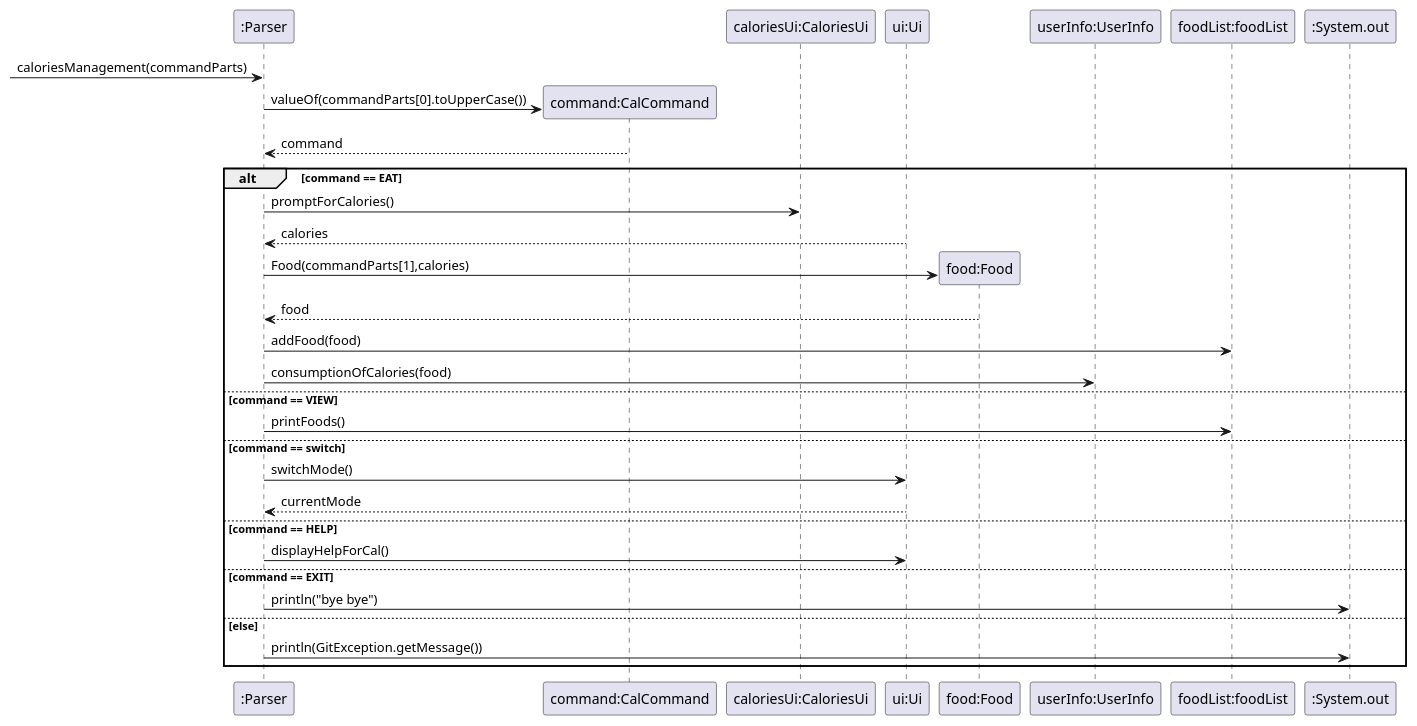
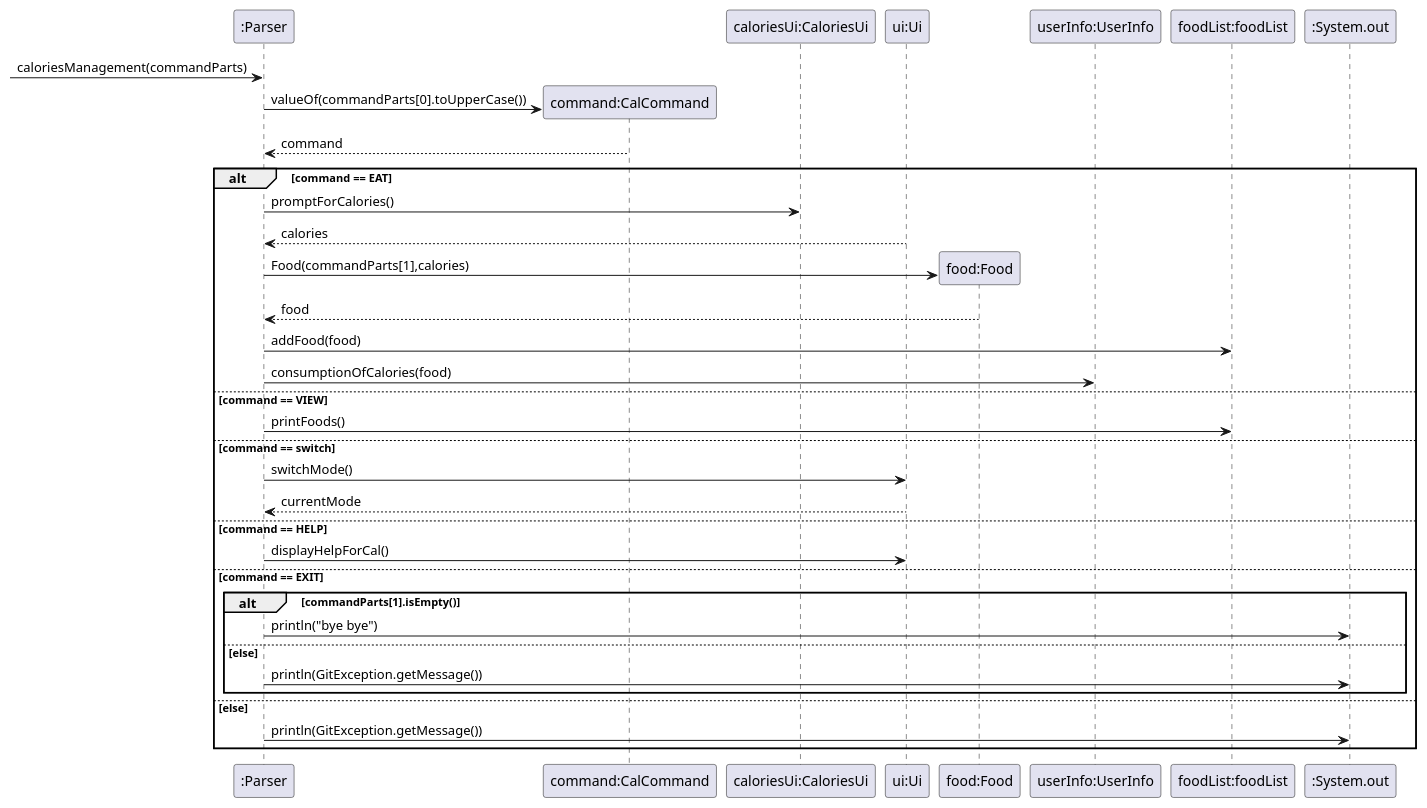
The diagram in docs/diagrams/caloriesManagement.puml (LuoYu-uwu/tp), drawn with PlantUML before and after one commit. The commit also changed 4 other files, not shown here.

Commit message:
Update UserInfo class diagram

```diff
--- a/docs/diagrams/caloriesManagement.puml
+++ b/docs/diagrams/caloriesManagement.puml
@@ -1,40 +1,44 @@
 @startuml
 
 participant ":Parser" as p
 participant "command:CalCommand" as cal
 participant "caloriesUi:CaloriesUi" as cui
 participant "ui:Ui" as ui
 participant "food:Food" as f
 participant "userInfo:UserInfo" as info
 participant "foodList:foodList" as fl
 participant ":System.out" as sys
 
  -> p : caloriesManagement(commandParts)
 create cal
 p -> cal : valueOf(commandParts[0].toUpperCase())
 cal --> p : command
 
 alt command == EAT
     p -> cui : promptForCalories()
     ui --> p : calories
     create f
     p -> f : Food(commandParts[1],calories)
     f --> p : food
     p -> fl : addFood(food)
     p -> info : consumptionOfCalories(food)
 else command == VIEW
     p -> fl: printFoods()
 else command == switch
     p -> ui : switchMode()
     ui --> p : currentMode
 else command == HELP
     p -> ui : displayHelpForCal()
 else command == EXIT
-    p -> sys : println("bye bye")
+    alt commandParts[1].isEmpty()
+            p -> sys : println("bye bye")
+    else else
+             p -> sys : println(GitException.getMessage())
+    end
 else else
     p -> sys : println(GitException.getMessage())
 end
 
 
 
 @enduml
```
